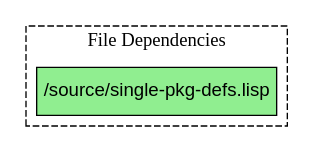
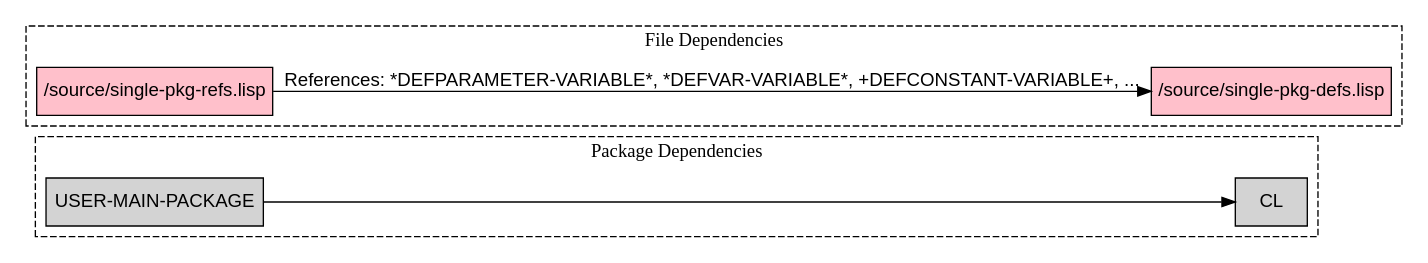
Before and after one commit to davypough/dependency-analyzer: the diagram in reports/TEST-PROJECT-report.dot, drawn with Graphviz. The commit also changed 10 other files, not shown here.

```diff
--- a/reports/TEST-PROJECT-report.dot
+++ b/reports/TEST-PROJECT-report.dot
@@ -1,24 +1,29 @@
 digraph Dependencies {
   rankdir=LR;
   compound=true;
   node [shape=box, fontname="Arial"];
   edge [fontname="Arial"];
   subgraph cluster_systems {
     label="System Dependencies";
     style=dashed;
     node [style=filled,fillcolor=lightpink];
   }
 
   subgraph cluster_packages {
     label="Package Dependencies";
     style=dashed;
     node [style=filled,fillcolor=lightgrey];
+    "pkg_user_main_package" [label="USER-MAIN-PACKAGE"];
+    "pkg_cl" [label="CL"];
+    "pkg_user_main_package" -> "pkg_cl";
   }
 
   subgraph cluster_files {
     label="File Dependencies";
     style=dashed;
     node [style=filled,fillcolor=lightblue];
-    "single_pkg_defs_lisp" [label="/source/single-pkg-defs.lisp",fillcolor=lightgreen];
+    "single_pkg_defs_lisp" [label="/source/single-pkg-defs.lisp",fillcolor=pink];
+    "single_pkg_refs_lisp" [label="/source/single-pkg-refs.lisp",fillcolor=pink];
+    "single_pkg_refs_lisp" -> "single_pkg_defs_lisp" [label="References: *DEFPARAMETER-VARIABLE*, *DEFVAR-VARIABLE*, +DEFCONSTANT-VARIABLE+, ..."];
   }
 }
```
